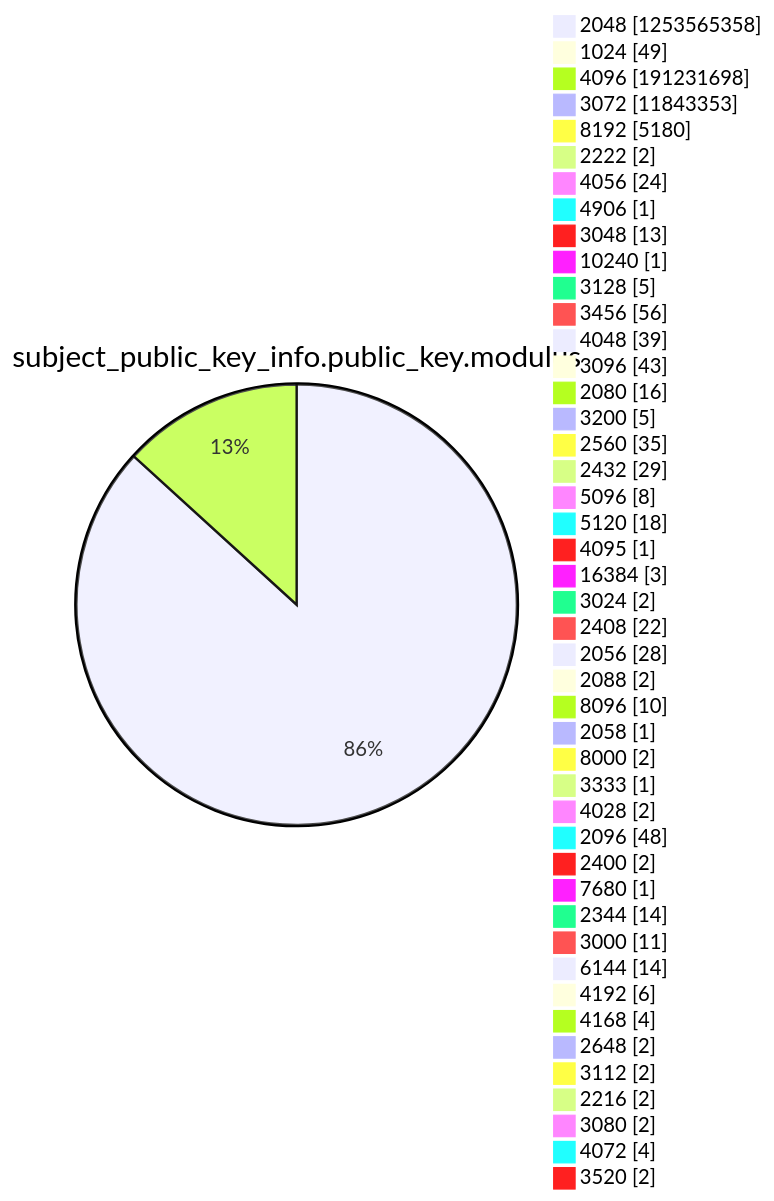
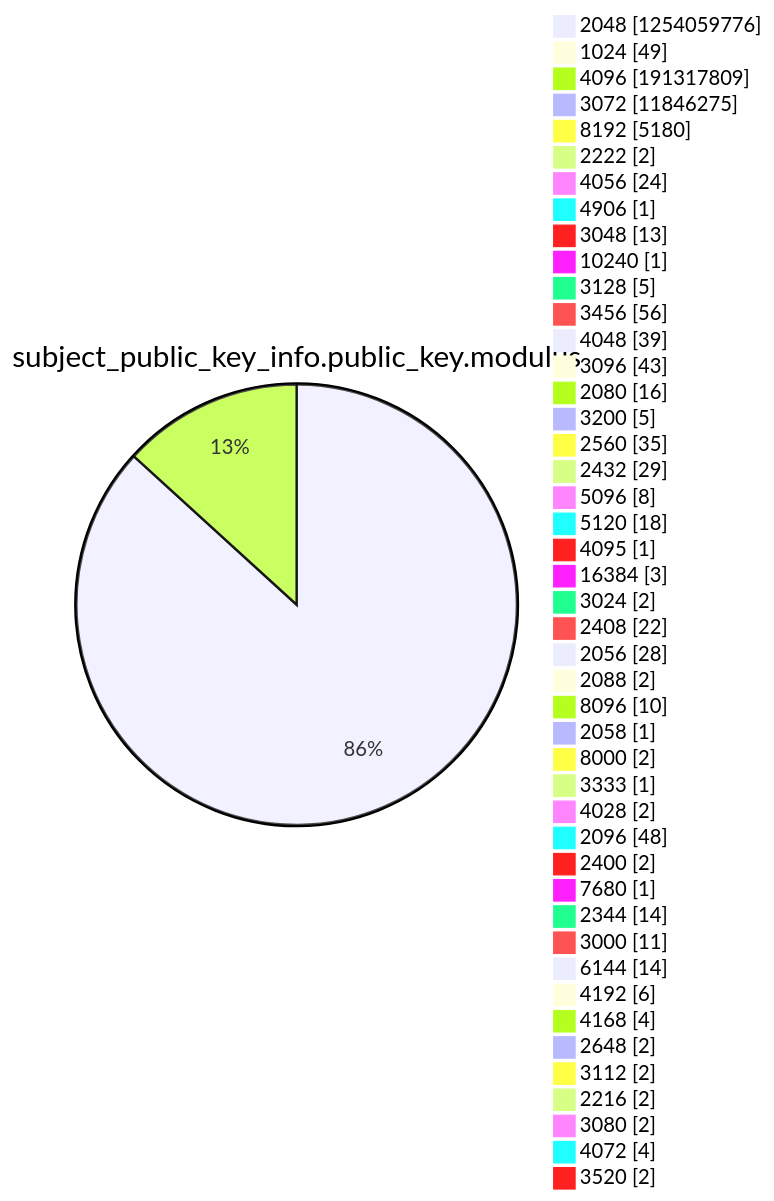
Diagram 13 of 15 in xenon2022/README.md (christiankrug/ctmonitor_visualization), drawn with Mermaid before and after one commit. The commit also changed other lines of this file, not shown here.

````diff
--- a/xenon2022/README.md
+++ b/xenon2022/README.md
@@ -3919,49 +3919,49 @@
 ```mermaid
 pie showData
 title subject_public_key_info.public_key.modulus
-"2048" :1253565358
+"2048" :1254059776
 "1024" :49
-"4096" :191231698
-"3072" :11843353
+"4096" :191317809
+"3072" :11846275
 "8192" :5180
 "2222" :2
 "4056" :24
 "4906" :1
 "3048" :13
 "10240" :1
 "3128" :5
 "3456" :56
 "4048" :39
 "3096" :43
 "2080" :16
 "3200" :5
 "2560" :35
 "2432" :29
 "5096" :8
 "5120" :18
 "4095" :1
 "16384" :3
 "3024" :2
 "2408" :22
 "2056" :28
 "2088" :2
 "8096" :10
 "2058" :1
 "8000" :2
 "3333" :1
 "4028" :2
 "2096" :48
 "2400" :2
 "7680" :1
 "2344" :14
 "3000" :11
 "6144" :14
 "4192" :6
 "4168" :4
 "2648" :2
 "3112" :2
 "2216" :2
 "3080" :2
 "4072" :4
 "3520" :2
 ```
````
